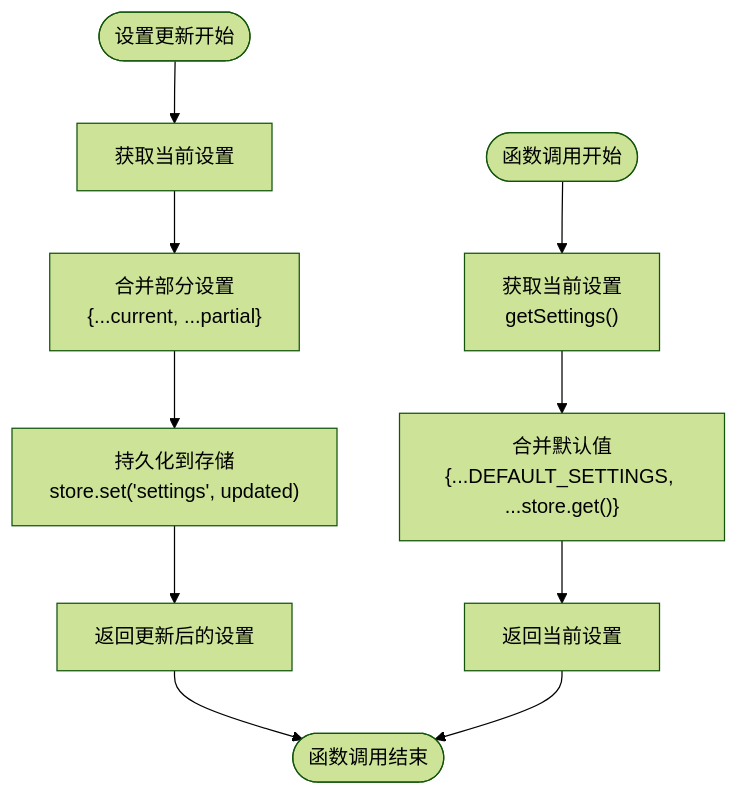
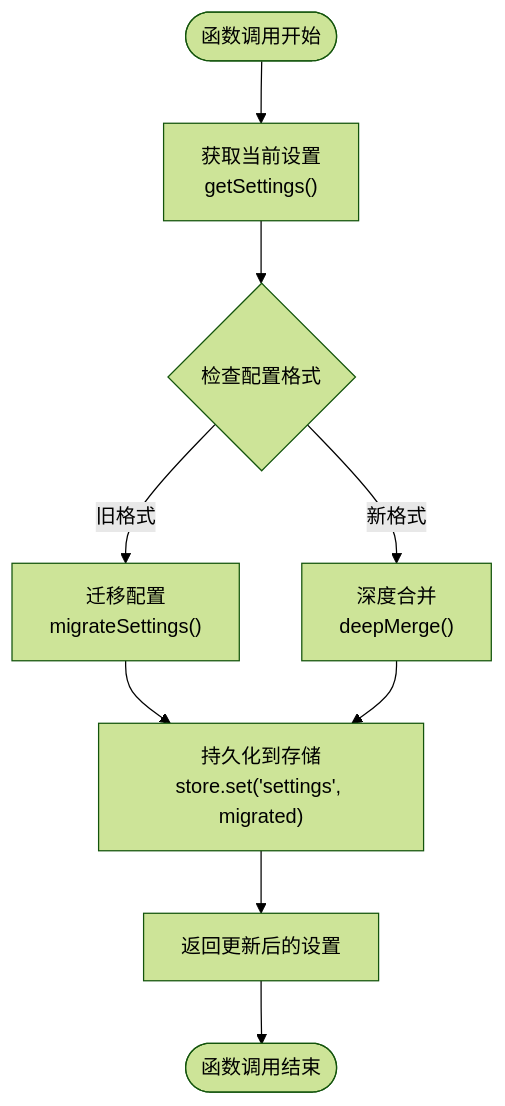
Before and after one commit to remgasuki/ReDoPhoto: the fourth of 10 diagrams in .qoder/repowiki/zh/content/核心服务模块/设置管理服务.md, drawn with Mermaid (forest theme). The commit also changed other lines of this file and 10 other files, not shown here.

````diff
--- a/.qoder/repowiki/zh/content/核心服务模块/设置管理服务.md
+++ b/.qoder/repowiki/zh/content/核心服务模块/设置管理服务.md
@@ -191,12 +212,11 @@
 ```mermaid
 flowchart TD
 Start([函数调用开始]) --> GetCurrent["获取当前设置<br/>getSettings()"]
-GetCurrent --> MergeDefaults["合并默认值<br/>{...DEFAULT_SETTINGS, ...store.get()}"]
-MergeDefaults --> ReturnCurrent["返回当前设置"]
-UpdateStart([设置更新开始]) --> GetUpdated["获取当前设置"]
-GetUpdated --> MergePartial["合并部分设置<br/>{...current, ...partial}"]
-MergePartial --> Persist["持久化到存储<br/>store.set('settings', updated)"]
+GetCurrent --> CheckFormat{"检查配置格式"}
+CheckFormat --> |旧格式| Migrate["迁移配置<br/>migrateSettings()"]
+CheckFormat --> |新格式| DeepMerge["深度合并<br/>deepMerge()"]
+Migrate --> Persist["持久化到存储<br/>store.set('settings', migrated)"]
+DeepMerge --> Persist
 Persist --> ReturnUpdated["返回更新后的设置"]
 ReturnUpdated --> End([函数调用结束])
-ReturnCurrent --> End
 ```
````
